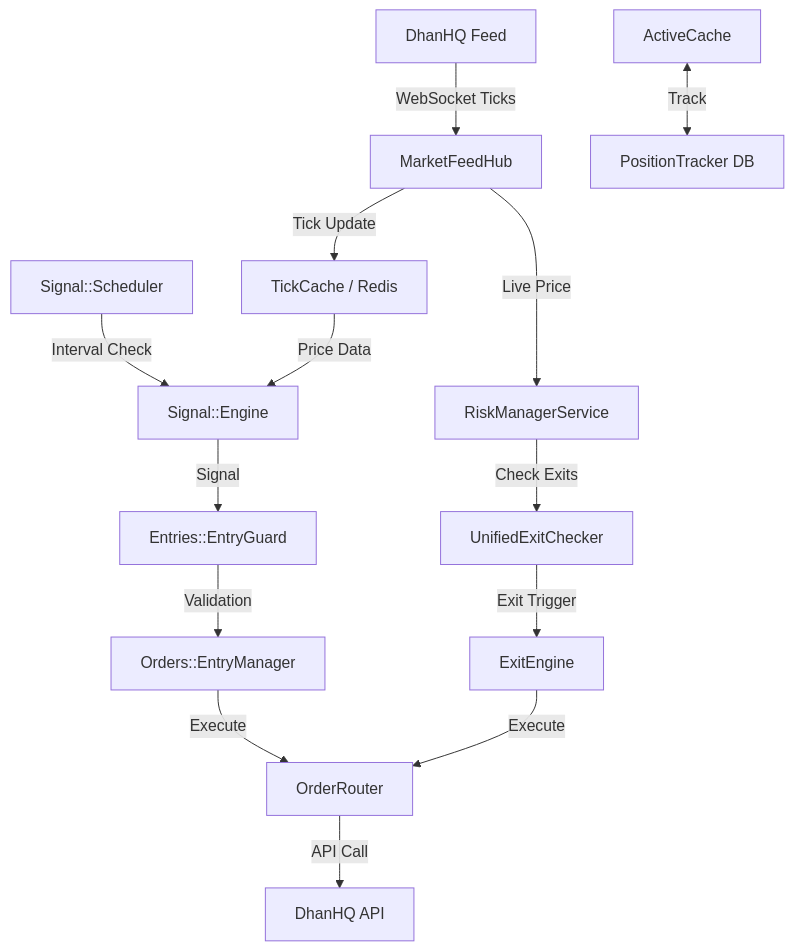
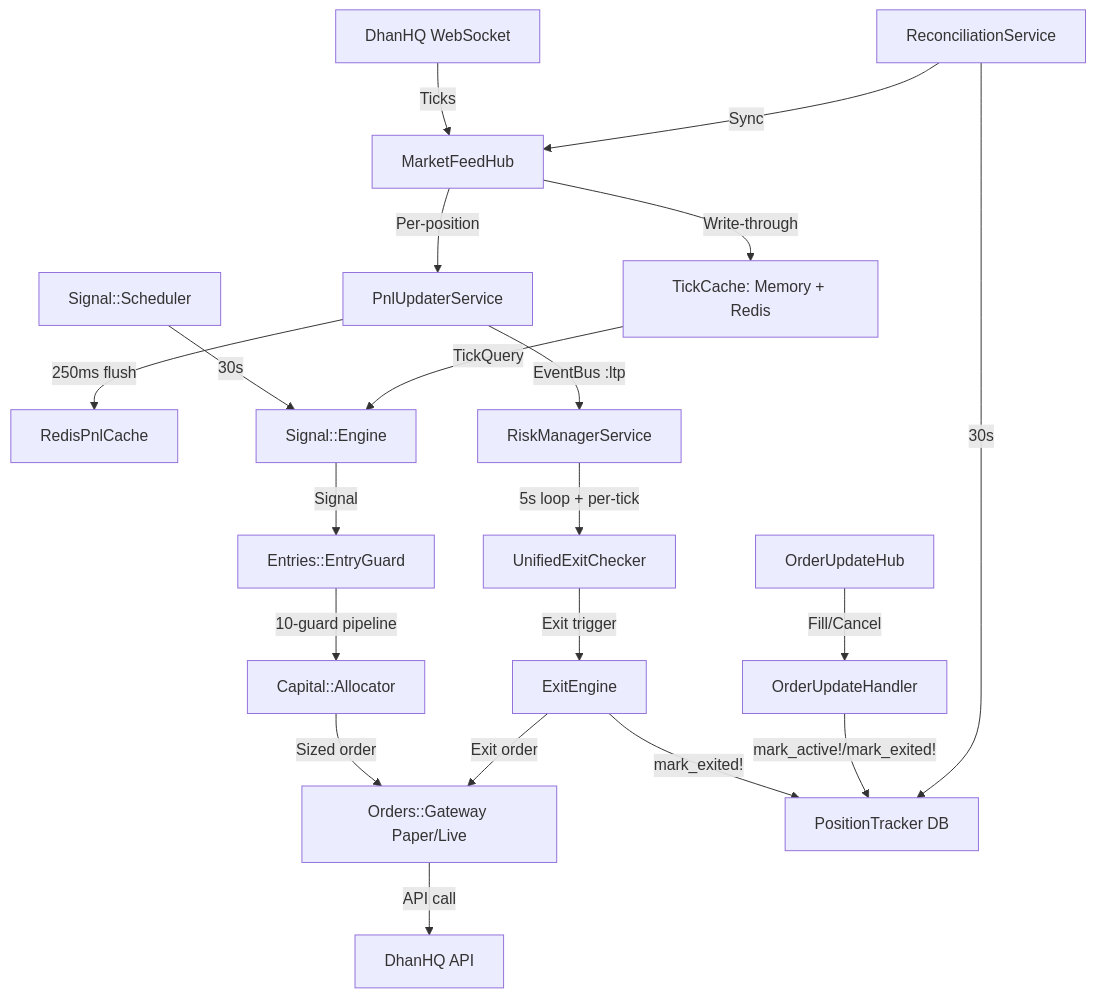
One commit to shubhamtaywade82/algo_scalper_api changed the diagram in docs/architecture/system_overview.md. Above: the diagram before and after it, drawn with Mermaid. The commit also changed other lines of this file and 3 other files, not shown here.

````diff
--- a/docs/architecture/system_overview.md
+++ b/docs/architecture/system_overview.md
@@ -29,17 +83,26 @@
 ```mermaid
 graph TD
-    DF[DhanHQ Feed] -->|WebSocket Ticks| MF[MarketFeedHub]
-    MF -->|Tick Update| TC[TickCache / Redis]
-    SS[Signal::Scheduler] -->|Interval Check| SE[Signal::Engine]
-    TC -->|Price Data| SE
+    DF[DhanHQ WebSocket] -->|Ticks| MF[MarketFeedHub]
+    MF -->|Write-through| TC[TickCache: Memory + Redis]
+    MF -->|Per-position| PU[PnlUpdaterService]
+    PU -->|250ms flush| RP[RedisPnlCache]
+    PU -->|EventBus :ltp| RM[RiskManagerService]
+
+    SS[Signal::Scheduler] -->|30s| SE[Signal::Engine]
+    TC -->|TickQuery| SE
     SE -->|Signal| EG[Entries::EntryGuard]
-    EG -->|Validation| OM[Orders::EntryManager]
-    OM -->|Execute| OR[OrderRouter]
-    OR -->|API Call| DH[DhanHQ API]
+    EG -->|10-guard pipeline| CA[Capital::Allocator]
+    CA -->|Sized order| GW[Orders::Gateway Paper/Live]
+    GW -->|API call| DH[DhanHQ API]
 
-    AC[ActiveCache] <-->|Track| PT[PositionTracker DB]
-    MF -->|Live Price| RM[RiskManagerService]
-    RM -->|Check Exits| UEC[UnifiedExitChecker]
-    UEC -->|Exit Trigger| EE[ExitEngine]
-    EE -->|Execute| OR
+    RM -->|5s loop + per-tick| UEC[UnifiedExitChecker]
+    UEC -->|Exit trigger| EE[ExitEngine]
+    EE -->|Exit order| GW
+    EE -->|mark_exited!| PT[PositionTracker DB]
+
+    OUH[OrderUpdateHub] -->|Fill/Cancel| OUHd[OrderUpdateHandler]
+    OUHd -->|mark_active!/mark_exited!| PT
+
+    REC[ReconciliationService] -->|30s| PT
+    REC -->|Sync| MF
 ```
````
